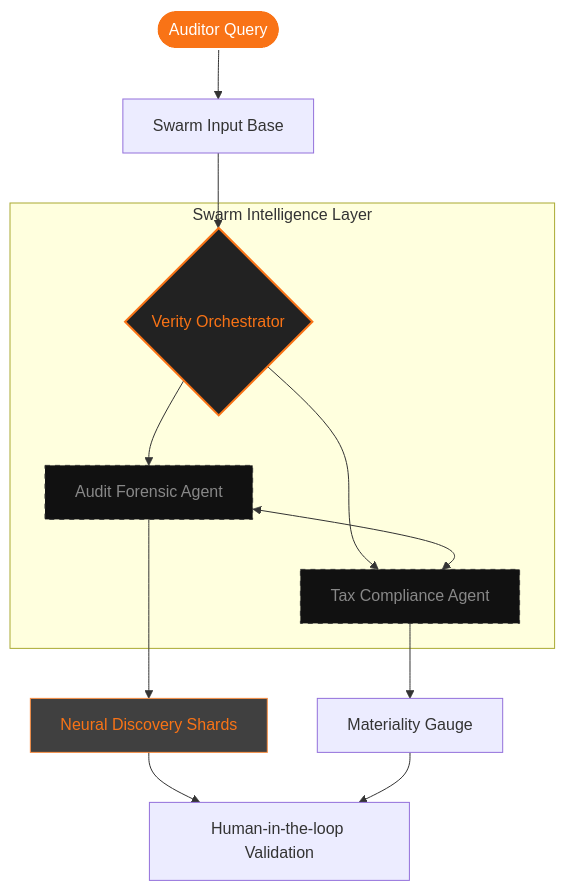
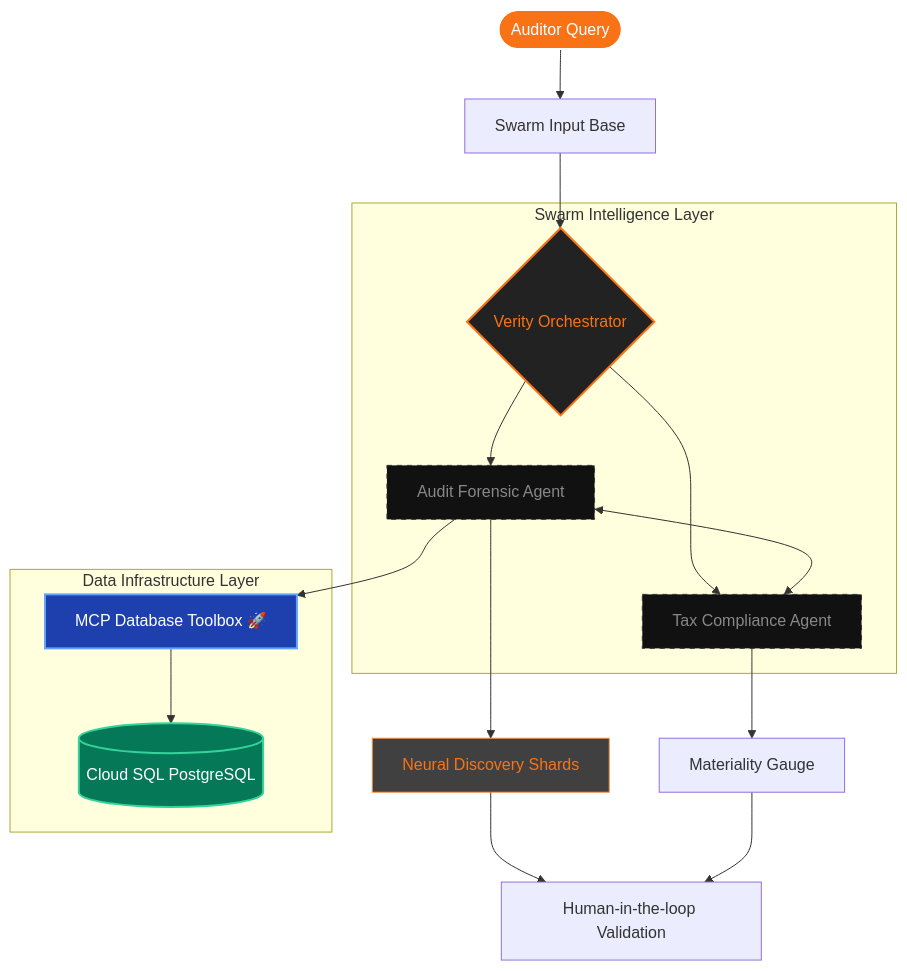
One commit to jchavezar/vertex-ai-samples changed the diagram in antigravity/verity-nexus/README.md. Above: the diagram before and after it, drawn with Mermaid. The commit also changed 14 other files, not shown here.

Commit message:
feat(verity-nexus): integrate Cloud SQL and MCP, update Evidence Ledger UI

````diff
--- a/antigravity/verity-nexus/README.md
+++ b/antigravity/verity-nexus/README.md
@@ -39,23 +39,30 @@
 ```mermaid
 graph TD
     User([Auditor Query]) --> Input[Swarm Input Base]
     Input --> Orchestrator{Verity Orchestrator}
     
     subgraph Swarm Intelligence Layer
         Orchestrator --> AuditAgent[Audit Forensic Agent]
         Orchestrator --> TaxAgent[Tax Compliance Agent]
         AuditAgent <--> TaxAgent
+    end
+    
+    subgraph Data Infrastructure Layer
+        AuditAgent --> MCP[MCP Database Toolbox 🚀]
+        MCP --> CloudSQL[(Cloud SQL PostgreSQL)]
     end
     
     AuditAgent --> DiscoveryLayer[Neural Discovery Shards]
     TaxAgent --> ExposureLayer[Materiality Gauge]
     
     DiscoveryLayer --> Feedback[Human-in-the-loop Validation]
     ExposureLayer --> Feedback
     
     style User fill:#f97316,stroke:#fff,stroke-width:2px,color:#fff
     style Orchestrator fill:#222,stroke:#f97316,stroke-width:2px,color:#f97316
     style AuditAgent fill:#111,stroke:#333,stroke-dasharray: 5 5,color:#888
     style TaxAgent fill:#111,stroke:#333,stroke-dasharray: 5 5,color:#888
+    style MCP fill:#1e40af,stroke:#60a5fa,stroke-width:2px,color:#fff
+    style CloudSQL fill:#047857,stroke:#34d399,stroke-width:2px,color:#fff
     style DiscoveryLayer fill:#111,stroke:#f97316,stroke-width:1px,color:#f97316,opacity:0.8
 ```
````
